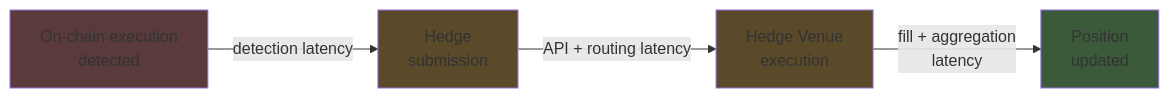
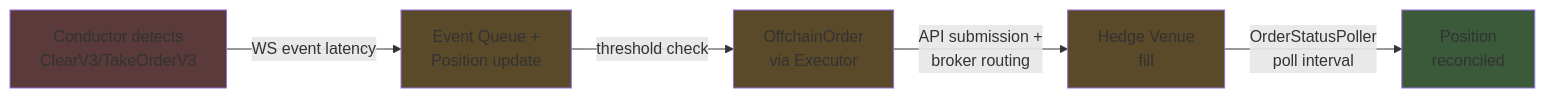
The fourth of 9 diagrams in TRUTH.md (ST0x-Technology/st0x.liquidity), drawn with Mermaid before and after one commit. The commit also changed other lines of this file, not shown here.

````diff
--- a/TRUTH.md
+++ b/TRUTH.md
@@ -117,11 +122,13 @@
 ```mermaid
 graph LR
-    D[On-chain execution<br/>detected] -->|detection latency| HS[Hedge<br/>submission]
-    HS -->|API + routing latency| HV[Hedge Venue<br/>execution]
-    HV -->|fill + aggregation<br/>latency| PU[Position<br/>updated]
+    D["Conductor detects<br/>ClearV3/TakeOrderV3"] -->|WS event latency| Q["Event Queue +<br/>Position update"]
+    Q -->|threshold check| OO["OffchainOrder<br/>via Executor"]
+    OO -->|API submission +<br/>broker routing| HV["Hedge Venue<br/>fill"]
+    HV -->|"OrderStatusPoller<br/>poll interval"| PU["Position<br/>reconciled"]
 
     style D fill:#5a3a3a
-    style HS fill:#5a4a2a
+    style Q fill:#5a4a2a
+    style OO fill:#5a4a2a
     style HV fill:#5a4a2a
     style PU fill:#3a5a3a
 ```
````
